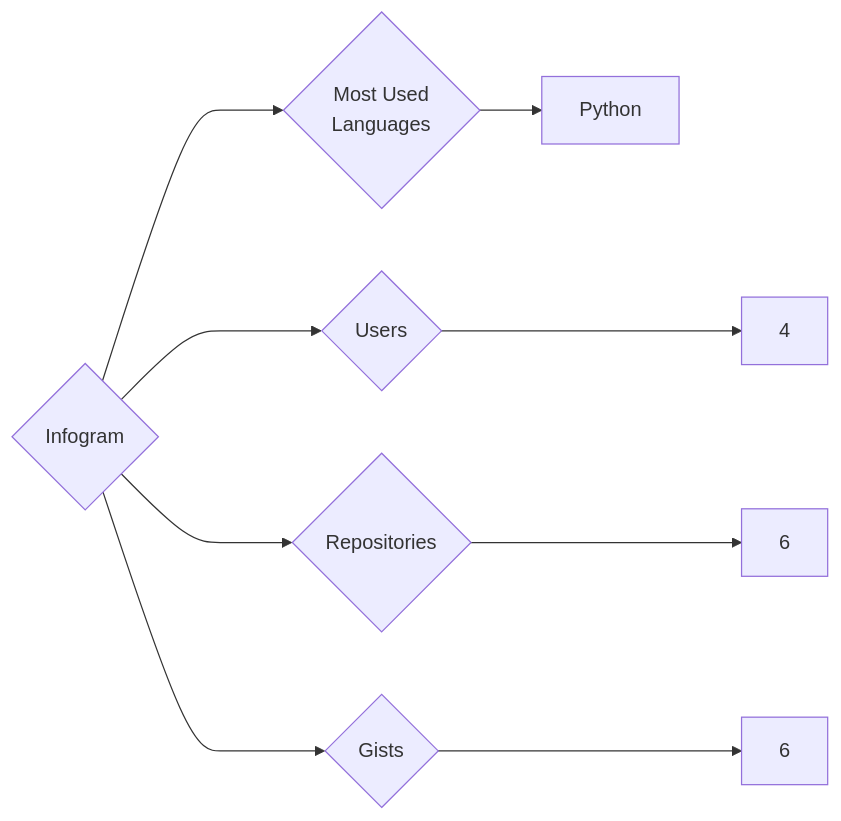
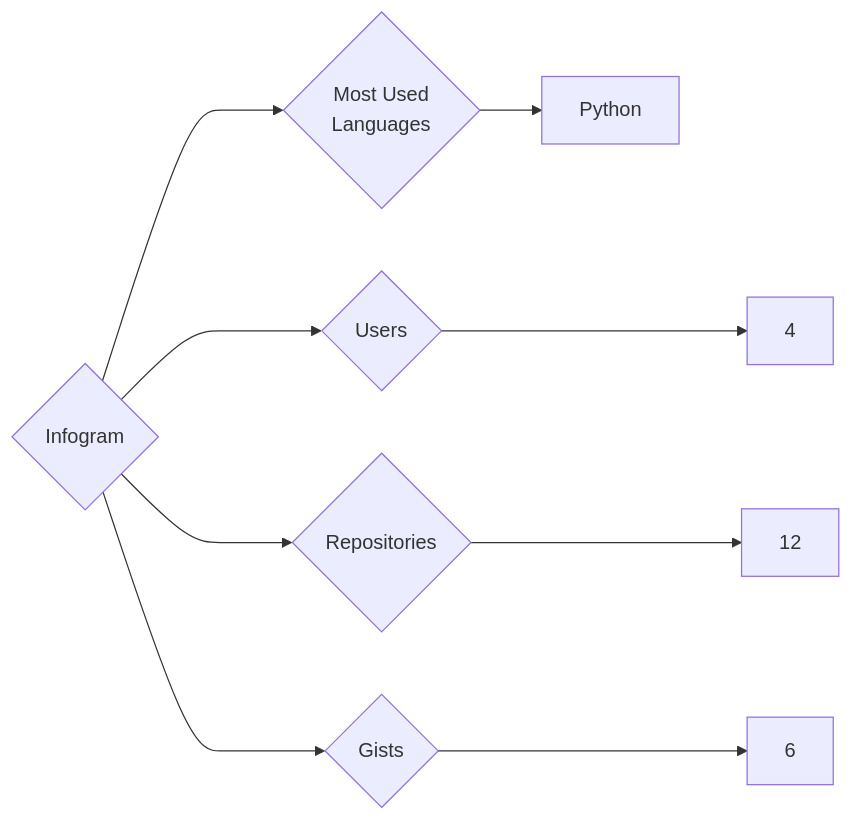
One commit to trickest/insiders changed the diagram in targets/Infogram/README.md. Above: the diagram before and after it, drawn with Mermaid. The commit also changed 865 other files, not shown here.

````diff
--- a/targets/Infogram/README.md
+++ b/targets/Infogram/README.md
@@ -3,9 +3,9 @@
 ```mermaid
 graph LR
 COMPANY_NAME{Infogram}
 COMPANY_NAME ---> U{Users} ---> UN[4]
-COMPANY_NAME ---> R{Repositories} ---> RN[6]
+COMPANY_NAME ---> R{Repositories} ---> RN[12]
 COMPANY_NAME ---> G{Gists} ---> GN[6]
 COMPANY_NAME ---> ML{Most Used<br>Languages}
 ML --> Python[Python]
 ```
````
